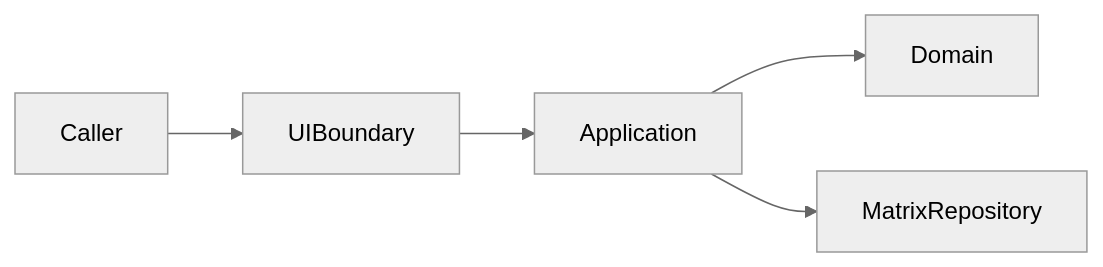
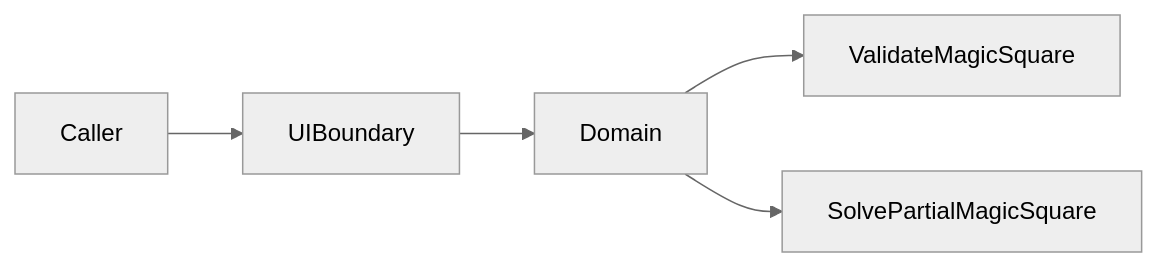
One commit to tworimpa/MagicSquare_18 changed the diagram in Report/00-project-progress-report.md. Above: the diagram before and after it, drawn with Mermaid (neutral theme). The commit also changed other lines of this file and 3 other files, not shown here.

````diff
--- a/Report/00-project-progress-report.md
+++ b/Report/00-project-progress-report.md
@@ -94,7 +105,7 @@
 ```mermaid
 flowchart LR
   Caller --> UIBoundary
-  UIBoundary --> Application
-  Application --> Domain
-  Application --> MatrixRepository
+  UIBoundary --> Domain
+  Domain --> ValidateMagicSquare
+  Domain --> SolvePartialMagicSquare
 ```
````
